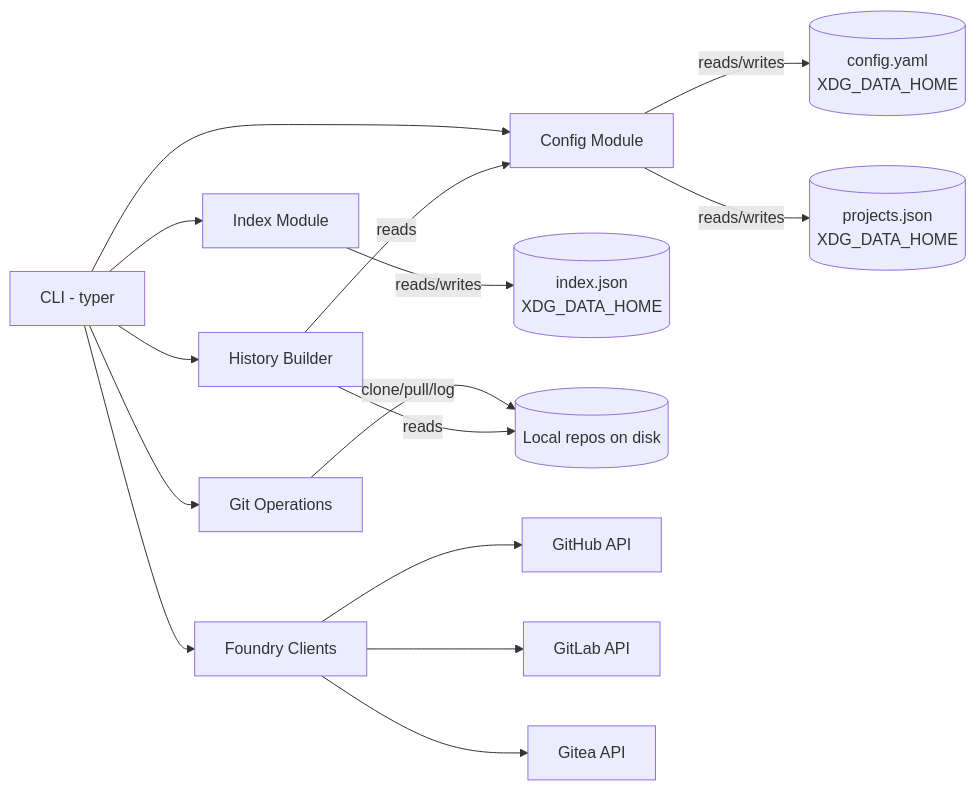
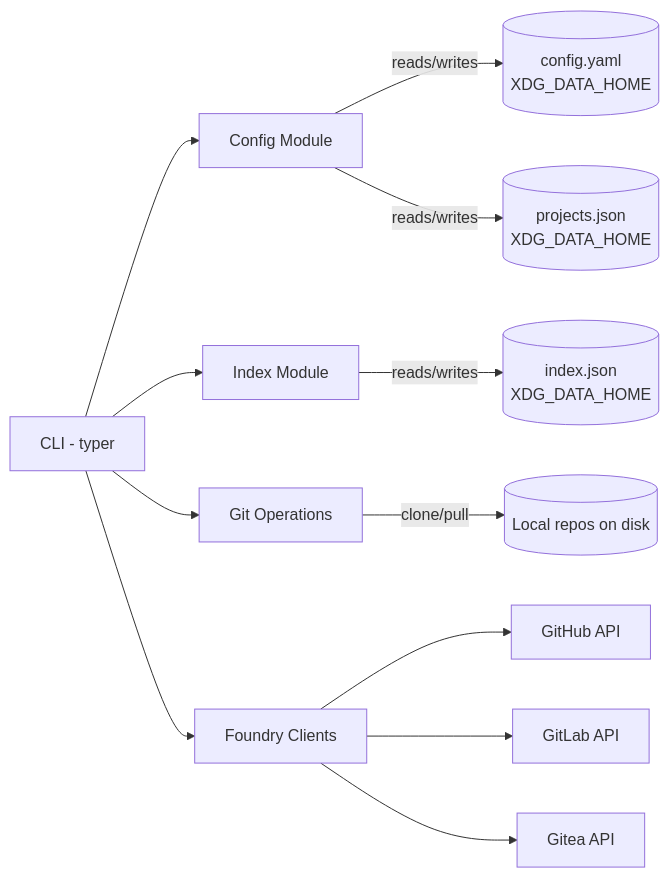
The diagram in docs/architecture.md (sjev/git-projects), drawn with Mermaid before and after one commit. The commit also changed other lines of this file and 2 other files, not shown here.

````diff
--- a/docs/architecture.md
+++ b/docs/architecture.md
@@ -30,20 +29,17 @@
 ```mermaid
 graph LR
     CLI[CLI - typer]
     CLI --> Config[Config Module]
     CLI --> Index[Index Module]
     CLI --> GitOps[Git Operations]
-    CLI --> History[History Builder]
 
     Config -- reads/writes --> YAML[(config.yaml<br>XDG_DATA_HOME)]
     Config -- reads/writes --> ProjJSON[(projects.json<br>XDG_DATA_HOME)]
     Index -- reads/writes --> JSON[(index.json<br>XDG_DATA_HOME)]
-    GitOps -- clone/pull/log --> LocalRepos[(Local repos on disk)]
-    History -- reads --> LocalRepos
-    History -- reads --> Config
+    GitOps -- clone/pull --> LocalRepos[(Local repos on disk)]
 
     CLI --> Foundry[Foundry Clients]
     Foundry --> GH[GitHub API]
     Foundry --> GL[GitLab API]
     Foundry --> GT[Gitea API]
 ```
````
